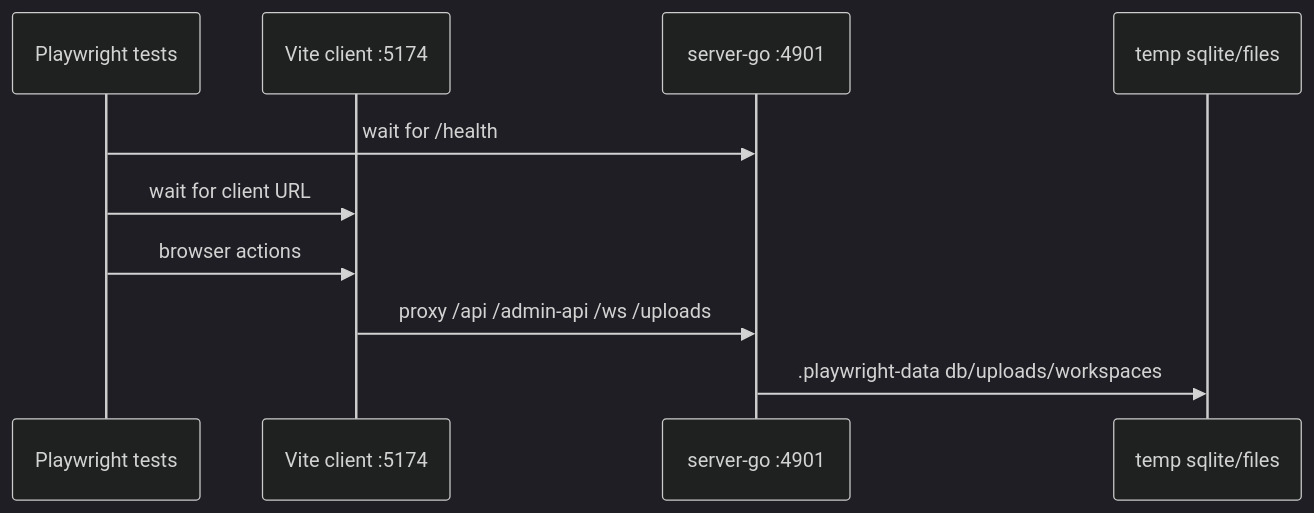
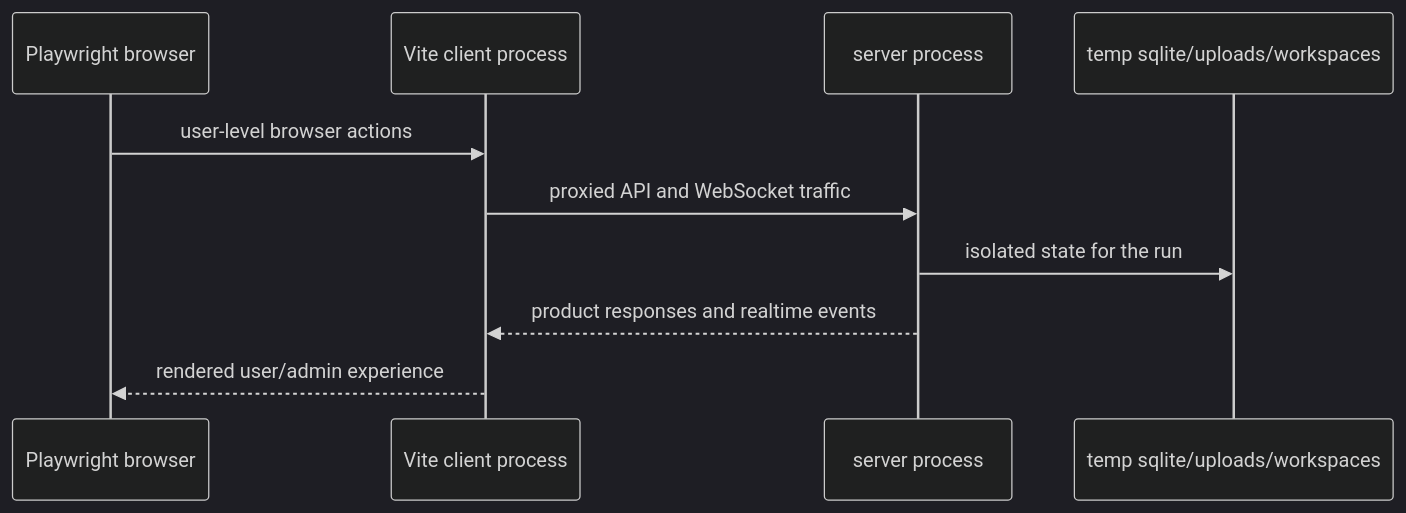
The second of 2 diagrams in docs/current/e2e/README.md (codetreker/borgee), drawn with Mermaid (dark theme) before and after one commit. The commit also changed other lines of this file, not shown here.

Commit message:
docs: refine test architecture narrative

````diff
--- a/docs/current/e2e/README.md
+++ b/docs/current/e2e/README.md
@@ -105,13 +57,13 @@
 ```mermaid
 sequenceDiagram
-  participant PW as Playwright tests
-  participant Vite as Vite client :5174
-  participant Go as server-go :4901
-  participant DB as temp sqlite/files
+  participant Browser as Playwright browser
+  participant Client as Vite client process
+  participant Server as server process
+  participant Data as temp sqlite/uploads/workspaces
 
-  PW->>Go: wait for /health
-  PW->>Vite: wait for client URL
-  PW->>Vite: browser actions
-  Vite->>Go: proxy /api /admin-api /ws /uploads
-  Go->>DB: .playwright-data db/uploads/workspaces
+  Browser->>Client: user-level browser actions
+  Client->>Server: proxied API and WebSocket traffic
+  Server->>Data: isolated state for the run
+  Server-->>Client: product responses and realtime events
+  Client-->>Browser: rendered user/admin experience
 ```
````
